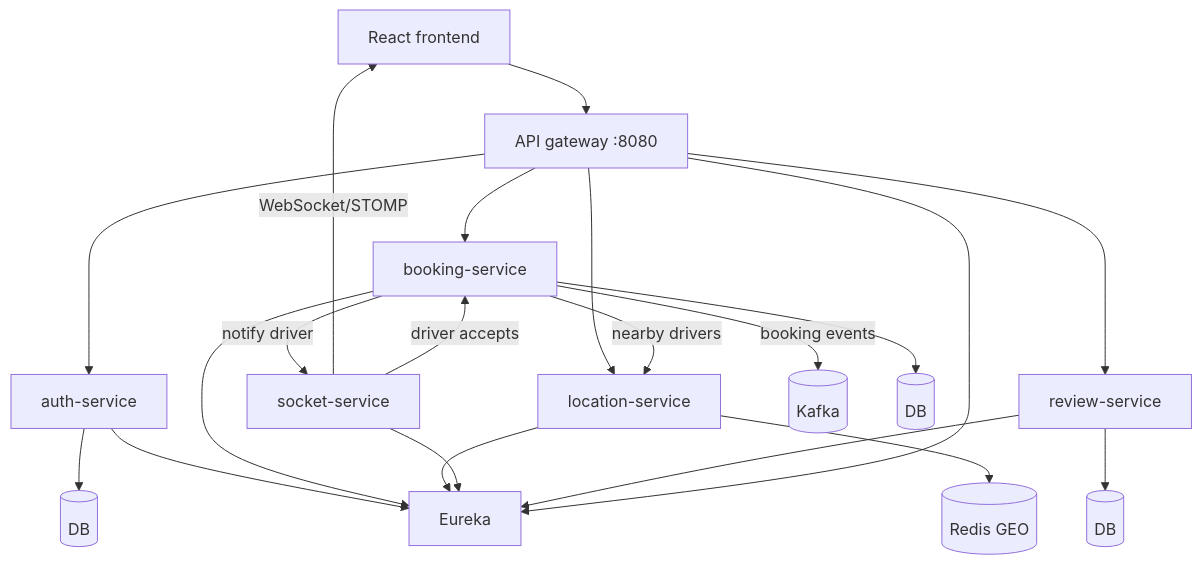
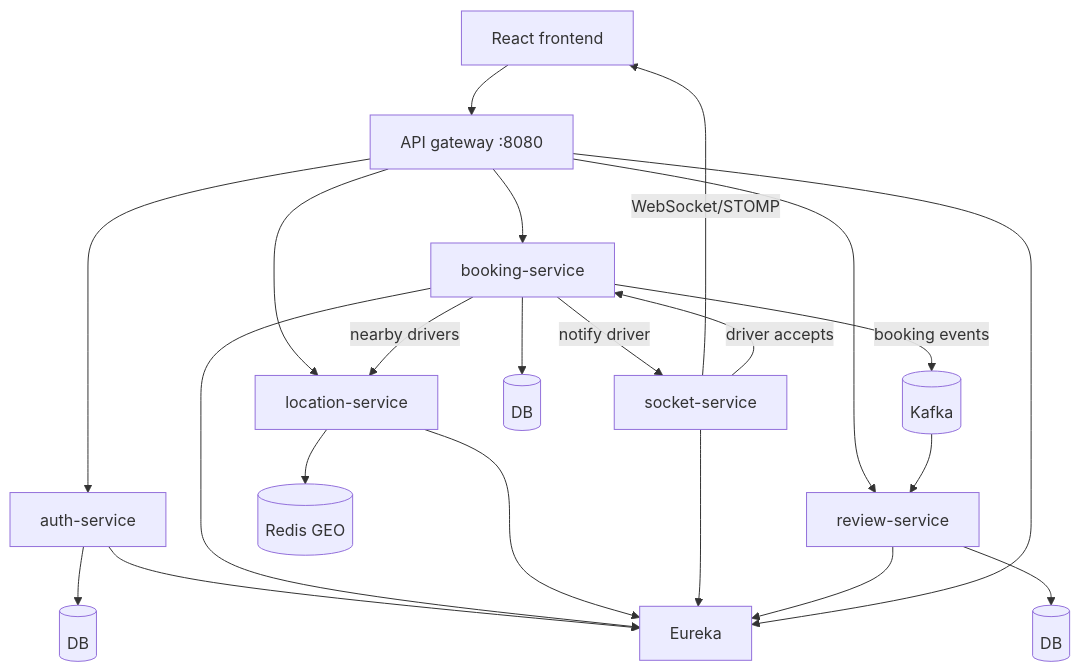
One commit to piyush932/uber-ride-platform changed the second of 5 diagrams in docs/HLD.md. Above: the diagram before and after it, drawn with Mermaid. The commit also changed other lines of this file and 4 other files, not shown here.

````diff
--- a/docs/HLD.md
+++ b/docs/HLD.md
@@ -26,18 +33,19 @@
 ```mermaid
 flowchart TB
     UI[React frontend] --> GW[API gateway :8080]
     GW --> AUTH[auth-service]
     GW --> BOOK[booking-service]
     GW --> LOC[location-service]
     GW --> REV[review-service]
     BOOK -->|nearby drivers| LOC
     BOOK -->|notify driver| SOCK[socket-service]
     SOCK -->|WebSocket/STOMP| UI
     SOCK -->|driver accepts| BOOK
     BOOK -->|booking events| K[(Kafka)]
+    K --> REV
     LOC --> R[(Redis GEO)]
     AUTH --> DB1[(DB)]
     BOOK --> DB2[(DB)]
     REV --> DB3[(DB)]
     AUTH & BOOK & LOC & SOCK & REV & GW --> EU[Eureka]
 ```
````
